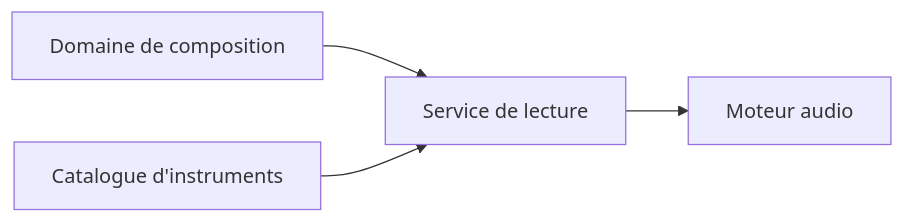
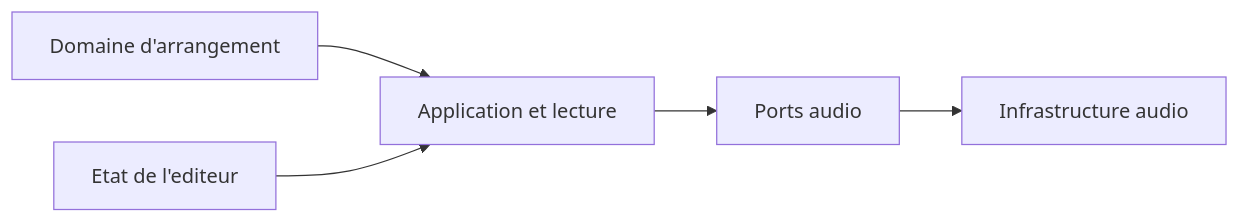
One commit to LucasBertrand/pianola-doc changed the diagram in domaines.md. Above: the diagram before and after it, drawn with Mermaid. The commit also changed other lines of this file, not shown here.

````diff
--- a/domaines.md
+++ b/domaines.md
@@ -19,6 +36,7 @@
 ```mermaid
 flowchart LR
-    Composition["Domaine de composition"] --> Playback["Service de lecture"]
-    Catalog["Catalogue d'instruments"] --> Playback
-    Playback --> Engine["Moteur audio"]
+    Domain["Domaine d'arrangement"] --> App["Application et lecture"]
+    Editor["Etat de l'editeur"] --> App
+    App --> Ports["Ports audio"]
+    Ports --> Infra["Infrastructure audio"]
 ```
````
